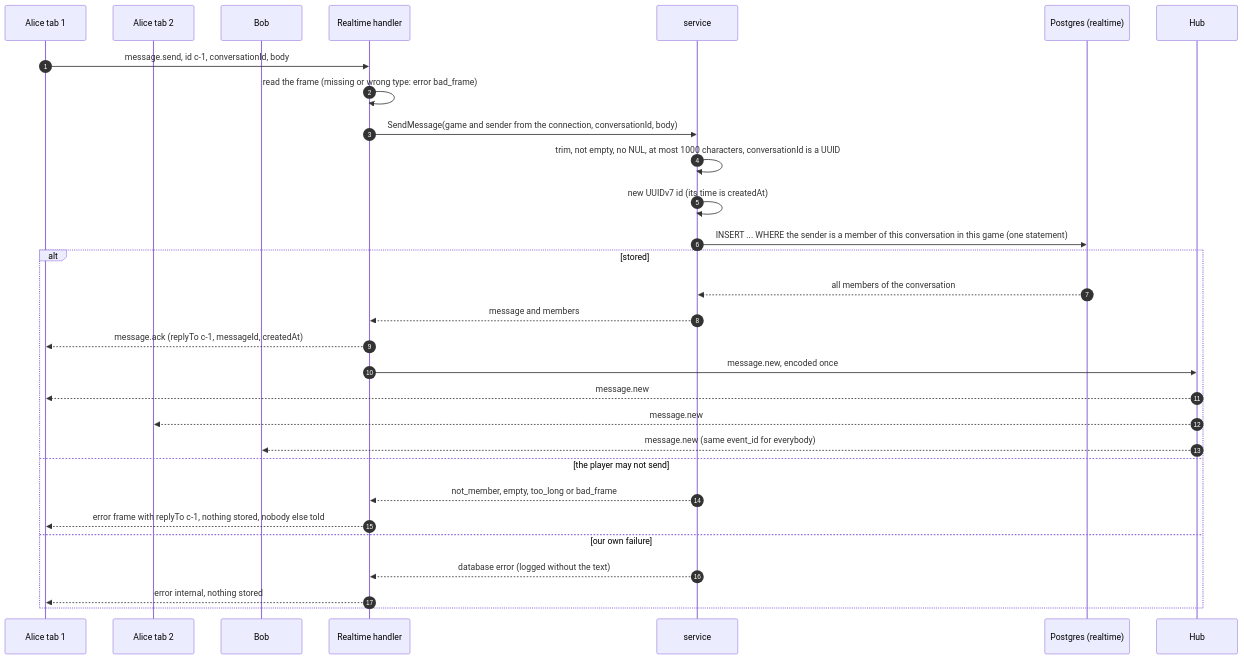
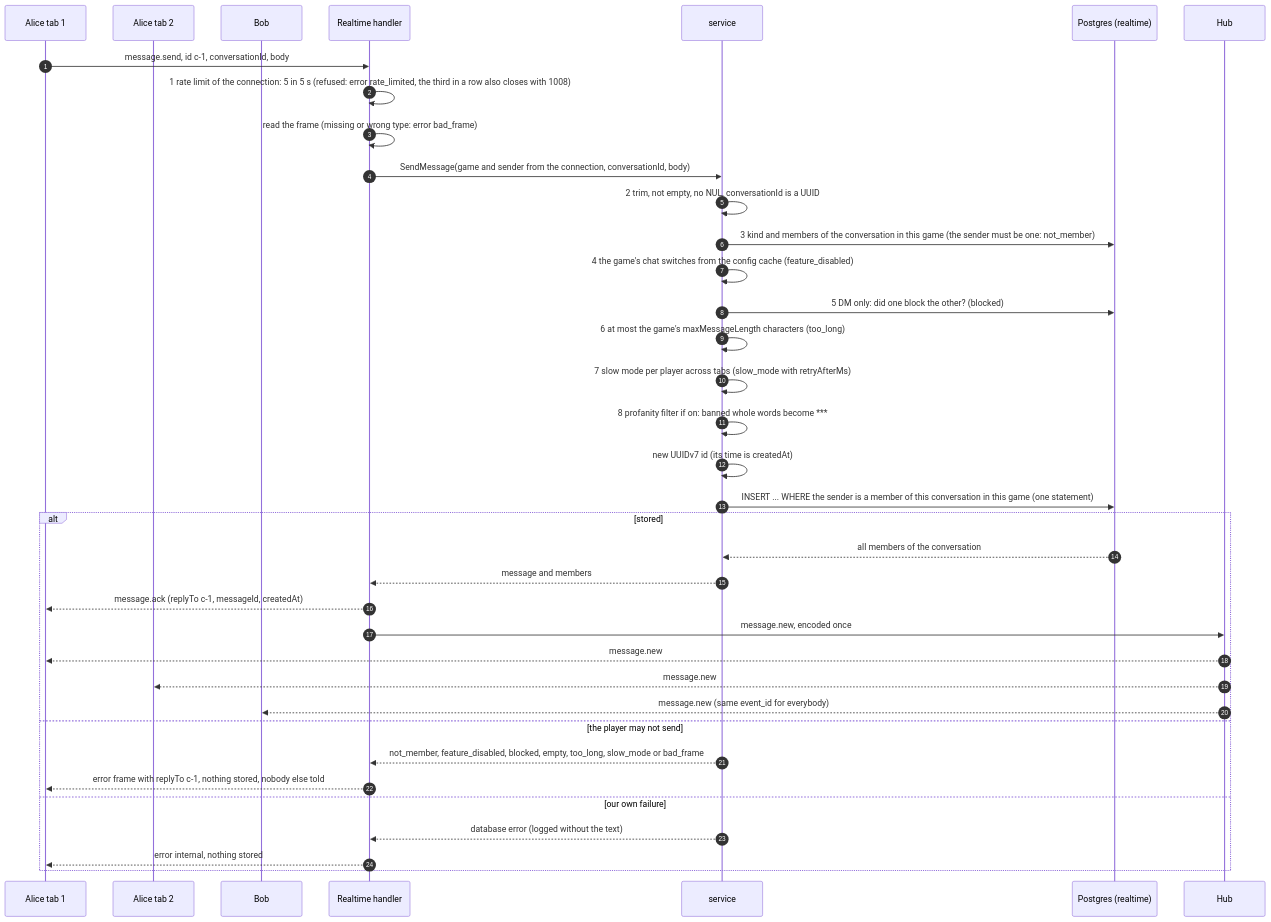
One commit to Sociable-platform/clan-backend changed the fourth of 12 diagrams in docs/realtime-flow.md. Above: the diagram before and after it, drawn with Mermaid. The commit also changed other lines of this file and 30 other files, not shown here.

````diff
--- a/docs/realtime-flow.md
+++ b/docs/realtime-flow.md
@@ -169,33 +169,40 @@
 ```mermaid
 sequenceDiagram
     autonumber
     participant A1 as Alice tab 1
     participant A2 as Alice tab 2
     participant B as Bob
     participant H as Realtime handler
     participant Svc as service
     participant DB as Postgres (realtime)
     participant Hub
 
     A1->>H: message.send, id c-1, conversationId, body
+    H->>H: 1 rate limit of the connection: 5 in 5 s (refused: error rate_limited, the third in a row also closes with 1008)
     H->>H: read the frame (missing or wrong type: error bad_frame)
     H->>Svc: SendMessage(game and sender from the connection, conversationId, body)
-    Svc->>Svc: trim, not empty, no NUL, at most 1000 characters, conversationId is a UUID
+    Svc->>Svc: 2 trim, not empty, no NUL, conversationId is a UUID
+    Svc->>DB: 3 kind and members of the conversation in this game (the sender must be one: not_member)
+    Svc->>Svc: 4 the game's chat switches from the config cache (feature_disabled)
+    Svc->>DB: 5 DM only: did one block the other? (blocked)
+    Svc->>Svc: 6 at most the game's maxMessageLength characters (too_long)
+    Svc->>Svc: 7 slow mode per player across tabs (slow_mode with retryAfterMs)
+    Svc->>Svc: 8 profanity filter if on: banned whole words become ***
     Svc->>Svc: new UUIDv7 id (its time is createdAt)
     Svc->>DB: INSERT ... WHERE the sender is a member of this conversation in this game (one statement)
     alt stored
         DB-->>Svc: all members of the conversation
         Svc-->>H: message and members
         H-->>A1: message.ack (replyTo c-1, messageId, createdAt)
         H->>Hub: message.new, encoded once
         Hub-->>A1: message.new
         Hub-->>A2: message.new
         Hub-->>B: message.new (same event_id for everybody)
     else the player may not send
-        Svc-->>H: not_member, empty, too_long or bad_frame
+        Svc-->>H: not_member, feature_disabled, blocked, empty, too_long, slow_mode or bad_frame
         H-->>A1: error frame with replyTo c-1, nothing stored, nobody else told
     else our own failure
         Svc-->>H: database error (logged without the text)
         H-->>A1: error internal, nothing stored
     end
 ```
````
